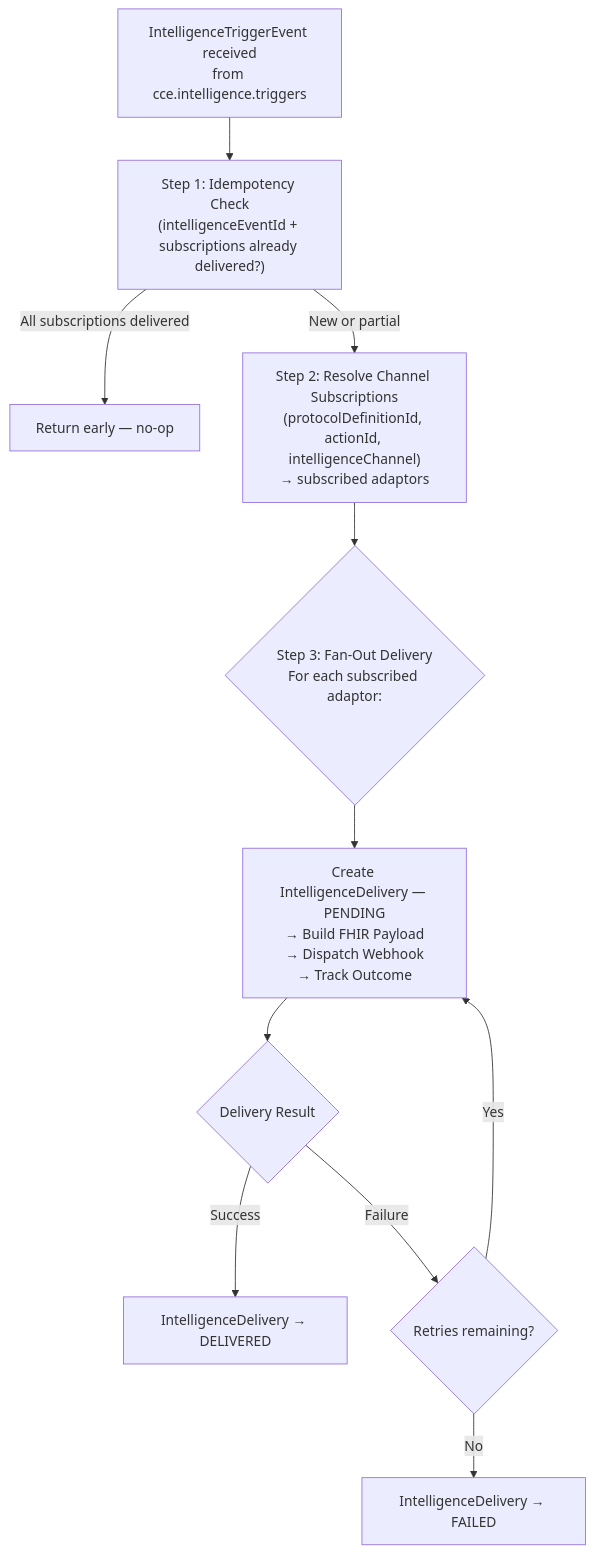
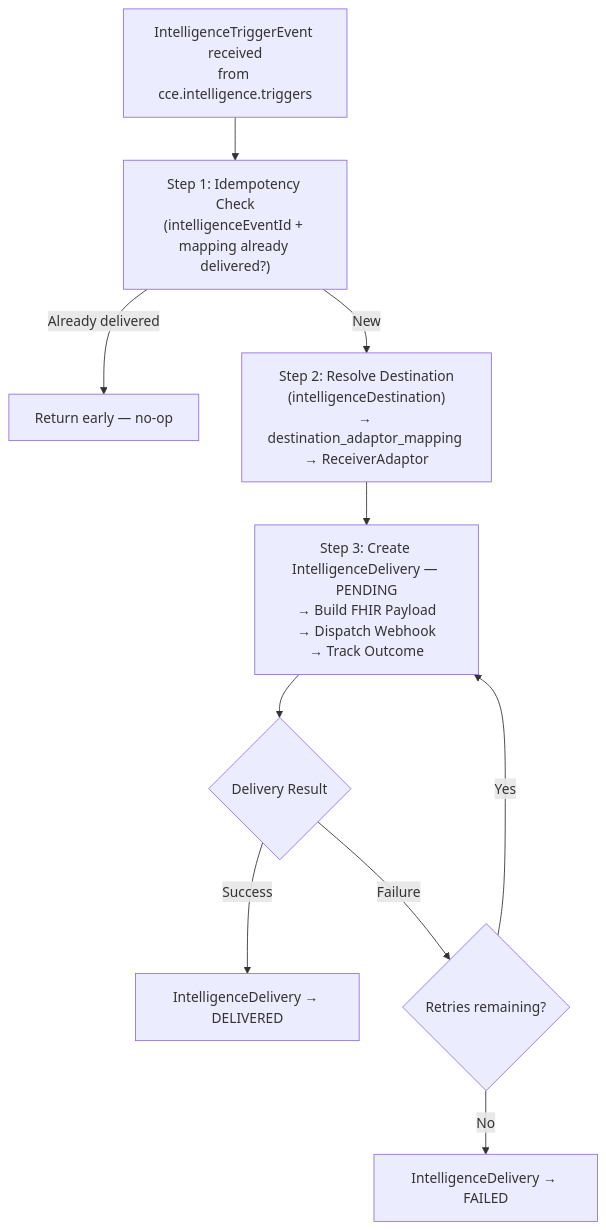
The third of 6 diagrams in docs/architecture-overview.md (Jayaprakash8887/cce-intelligence-service), drawn with Mermaid before and after one commit. The commit also changed other lines of this file and 39 other files, not shown here.

First line of the commit message:
feat: Refactor channel subscription to destination adaptor mapping

````diff
--- a/docs/architecture-overview.md
+++ b/docs/architecture-overview.md
@@ -227,22 +227,19 @@
 ```mermaid
 flowchart TD
     START["IntelligenceTriggerEvent received<br/>from cce.intelligence.triggers"] --> S1
 
-    S1["Step 1: Idempotency Check<br/>(intelligenceEventId + subscriptions already delivered?)"]
-    S1 -->|"All subscriptions delivered"| DUP["Return early — no-op"]
-    S1 -->|"New or partial"| S2
+    S1["Step 1: Idempotency Check<br/>(intelligenceEventId + mapping already delivered?)"]
+    S1 -->|"Already delivered"| DUP["Return early — no-op"]
+    S1 -->|"New"| S2
 
-    S2["Step 2: Resolve Channel Subscriptions<br/>(protocolDefinitionId, actionId, intelligenceChannel)<br/>→ subscribed adaptors"] --> S3
+    S2["Step 2: Resolve Destination<br/>(intelligenceDestination)<br/>→ destination_adaptor_mapping → ReceiverAdaptor"] --> S3
 
-    S3{"Step 3: Fan-Out Delivery<br/>For each subscribed adaptor:"}
+    S3["Step 3: Create IntelligenceDelivery — PENDING<br/>→ Build FHIR Payload<br/>→ Dispatch Webhook<br/>→ Track Outcome"]
     S3 --> S4
 
-    S4["Create IntelligenceDelivery — PENDING<br/>→ Build FHIR Payload<br/>→ Dispatch Webhook<br/>→ Track Outcome"]
-    S4 --> S5
-
-    S5{"Delivery Result"}
-    S5 -->|"Success"| DELIVERED["IntelligenceDelivery → DELIVERED"]
-    S5 -->|"Failure"| RETRY{"Retries remaining?"}
-    RETRY -->|"Yes"| S4
+    S4{"Delivery Result"}
+    S4 -->|"Success"| DELIVERED["IntelligenceDelivery → DELIVERED"]
+    S4 -->|"Failure"| RETRY{"Retries remaining?"}
+    RETRY -->|"Yes"| S3
     RETRY -->|"No"| FAILED["IntelligenceDelivery → FAILED"]
 ```
````
